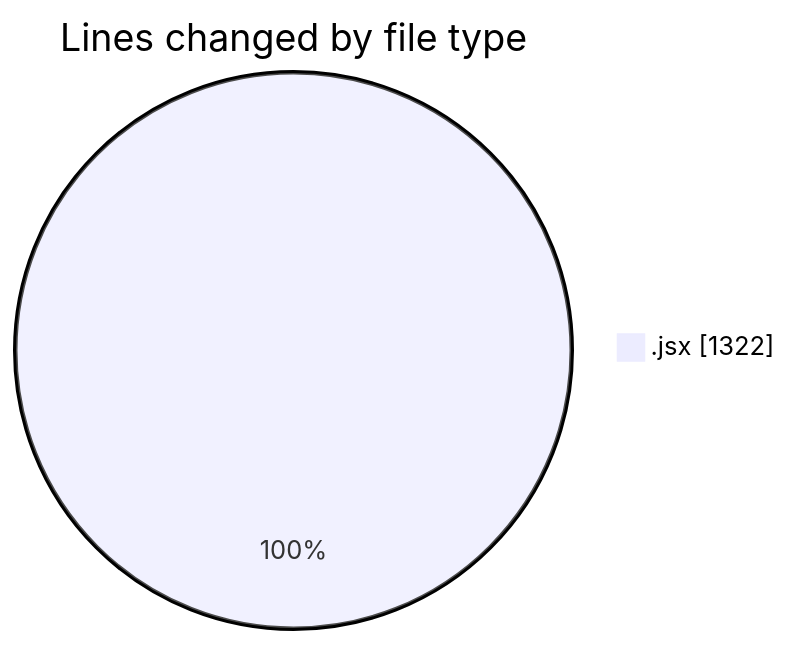
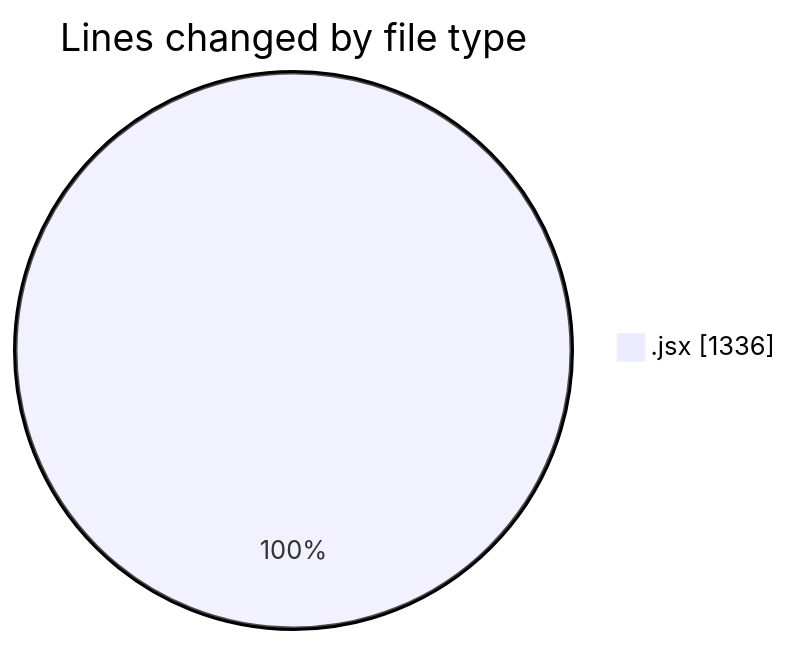
One commit to nxtqubesakshisongat/code-tracking changed the first of 2 diagrams in 2025-12-28/nxtqube_webapp/README.md. Above: the diagram before and after it, drawn with Mermaid. The commit also changed other lines of this file and 1 other file, not shown here.

````diff
--- a/2025-12-28/nxtqube_webapp/README.md
+++ b/2025-12-28/nxtqube_webapp/README.md
@@ -20,5 +20,5 @@
 ```mermaid
 pie showData
 title Lines changed by file type
-".jsx" : 1322
+".jsx" : 1336
 ```
````
